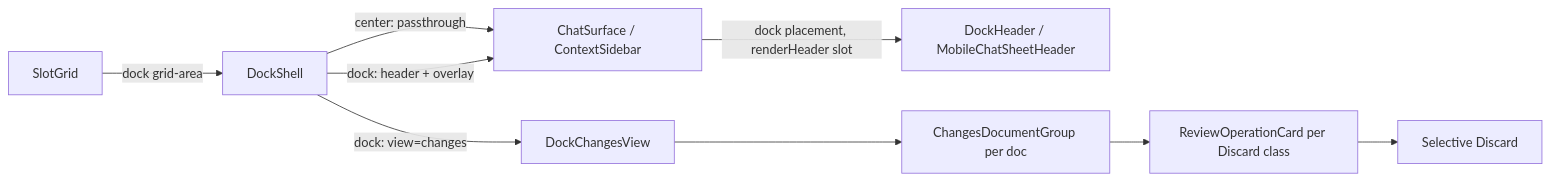
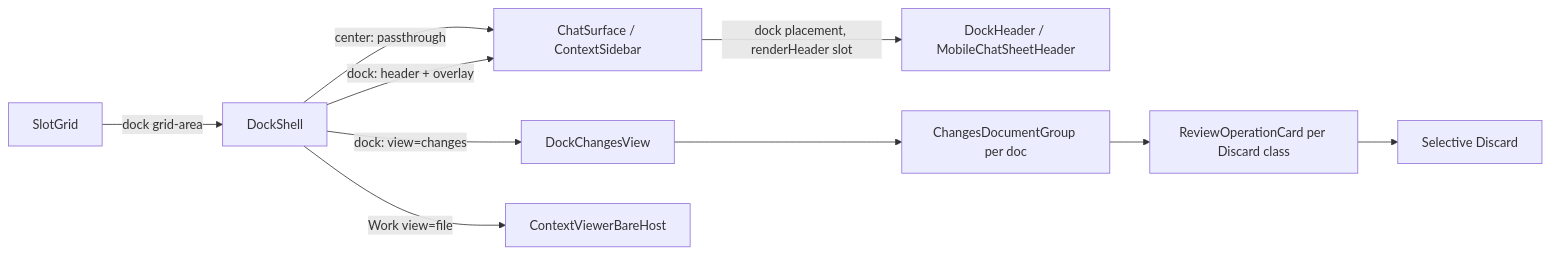
The diagram in apps/app/src/features/project/dock/.context/CONTEXT.md (haowjy/meridian-flow), drawn with Mermaid before and after one commit. The commit also changed other lines of this file and 16 other files, not shown here.

Commit message:
Open Work files in the dock

````diff
--- a/apps/app/src/features/project/dock/.context/CONTEXT.md
+++ b/apps/app/src/features/project/dock/.context/CONTEXT.md
@@ -108,11 +115,12 @@
 ```mermaid
 flowchart LR
     Grid[SlotGrid] -->|dock grid-area| DockShell
     DockShell -->|center: passthrough| Occupant[ChatSurface / ContextSidebar]
     DockShell -->|dock: header + overlay| Occupant
-    DockShell -->|dock: view=changes| Changes[DockChangesView]
+DockShell -->|dock: view=changes| Changes[DockChangesView]
+DockShell -->|Work view=file| File[ContextViewerBareHost]
     Occupant -->|dock placement, renderHeader slot| Header[DockHeader / MobileChatSheetHeader]
     Changes --> DocGroup[ChangesDocumentGroup per doc]
     DocGroup --> Card[ReviewOperationCard per Discard class]
     Card --> Verbs[Selective Discard]
 ```
````
